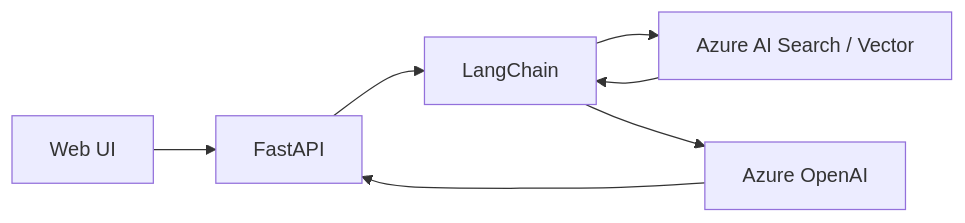
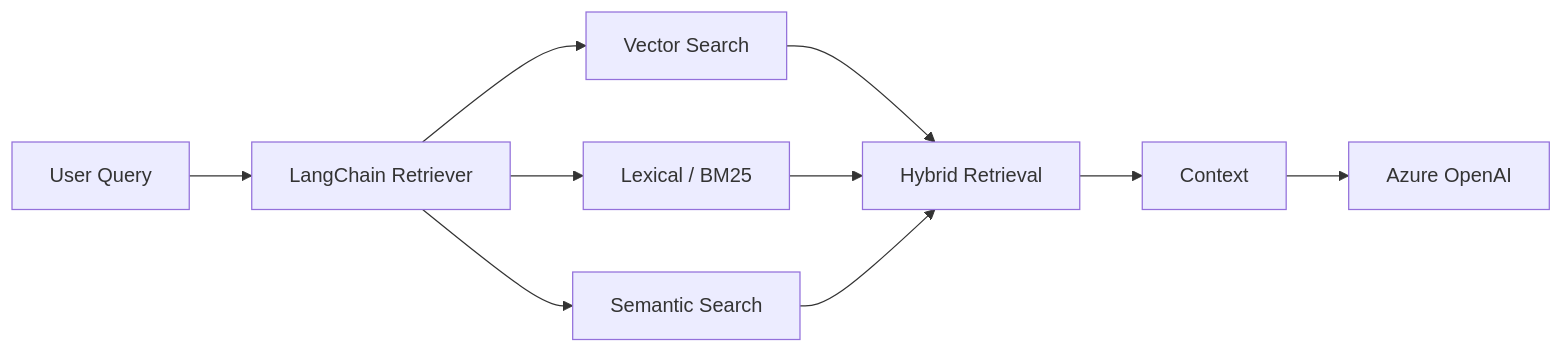
Before and after one commit to min-ser/min-ser.github.io: the second of 2 diagrams in content/03_PROJECTS/2024-genai360.md, drawn with Mermaid. The commit also changed other lines of this file and 7 other files, not shown here.

````diff
--- a/content/03_PROJECTS/2024-genai360.md
+++ b/content/03_PROJECTS/2024-genai360.md
@@ -16,9 +69,12 @@
 ```mermaid
 flowchart LR
- UI[Web UI] --> API[FastAPI]
- API --> LC[LangChain]
- LC --> SEARCH[Azure AI Search / Vector]
- LC --> AOAI[Azure OpenAI]
- SEARCH --> LC
- AOAI --> API
+ Q[User Query] --> R[LangChain Retriever]
+ R --> V[Vector Search]
+ R --> L[Lexical / BM25]
+ R --> S[Semantic Search]
+ V --> H[Hybrid Retrieval]
+ L --> H
+ S --> H
+ H --> C[Context]
+ C --> G[Azure OpenAI]
 ```
````
